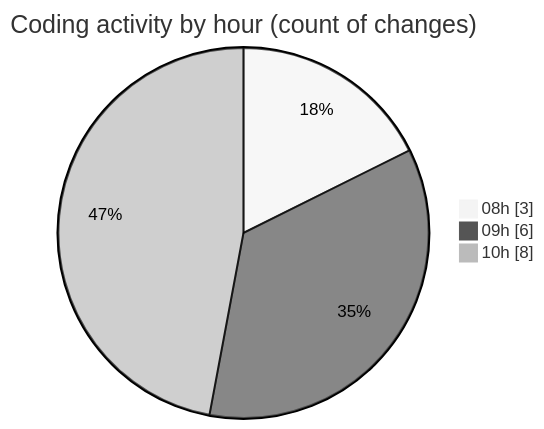
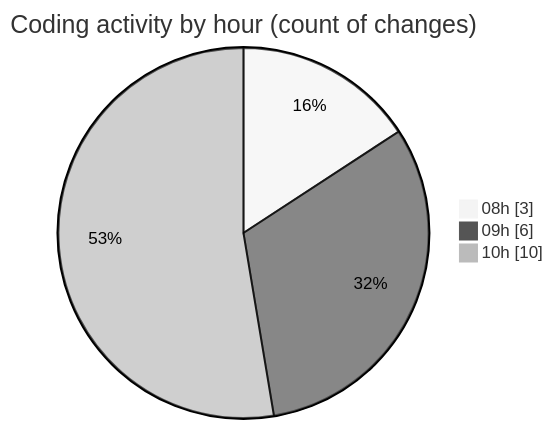
One commit to BS-eng2023/code-tracking changed the second of 2 diagrams in 2025-04-01/jsvms/README.md. Above: the diagram before and after it, drawn with Mermaid (neutral theme). The commit also changed other lines of this file and 1 other file, not shown here.

````diff
--- a/2025-04-01/jsvms/README.md
+++ b/2025-04-01/jsvms/README.md
@@ -39,7 +40,7 @@
 ```mermaid
 pie showData
 title Coding activity by hour (count of changes)
 "08h" : 3
 "09h" : 6
-"10h" : 8
+"10h" : 10
 ```
````
